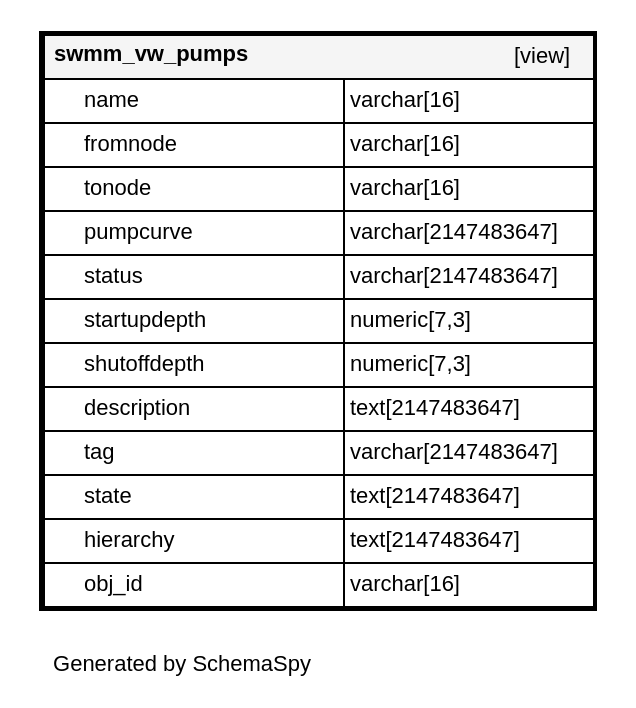
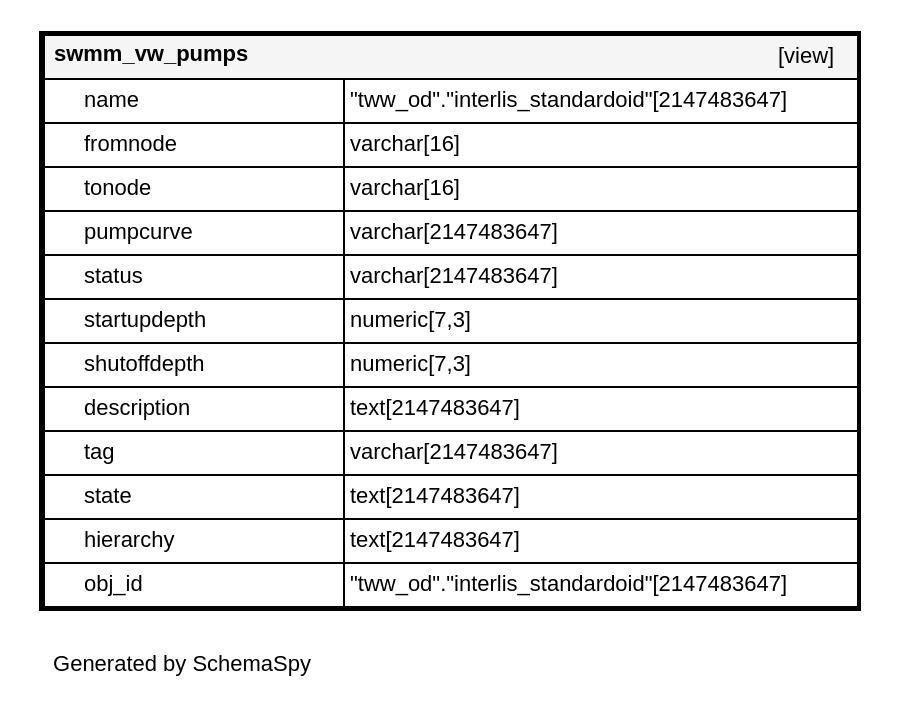
One commit to teksi/wastewater changed the diagram in latest/en/_static/datamodel/tww_app/diagrams/tables/swmm_vw_pumps.1degree.dot. Above: the diagram before and after it, drawn with Graphviz. The commit also changed 582 other files, not shown here.

```diff
--- a/latest/en/_static/datamodel/tww_app/diagrams/tables/swmm_vw_pumps.1degree.dot
+++ b/latest/en/_static/datamodel/tww_app/diagrams/tables/swmm_vw_pumps.1degree.dot
@@ -1,24 +1,24 @@
 digraph "oneDegreeRelationshipsDiagram" {
   graph [    rankdir="RL"    bgcolor="#ffffff"    label="\nGenerated by SchemaSpy"    labeljust="l"    nodesep="0.18"    ranksep="0.46"    fontname="Helvetica"    fontsize="11"    packmode="graph"  ];  node [    fontname="Helvetica"    fontsize="11"    shape="plaintext"  ];  edge [    arrowsize="0.8"  ];
   "swmm_vw_pumps" [
    label=<
     <TABLE BORDER="2" CELLBORDER="1" CELLSPACING="0" BGCOLOR="#ffffff">
       <TR><TD COLSPAN="4"  BGCOLOR="#f5f5f5"><TABLE BORDER="0" CELLSPACING="0"><TR><TD ALIGN="LEFT" FIXEDSIZE="TRUE" WIDTH="129" HEIGHT="16"><B>swmm_vw_pumps</B></TD><TD ALIGN="RIGHT">[view]</TD></TR></TABLE></TD></TR>
-      <TR><TD PORT="name" COLSPAN="2" ALIGN="LEFT"><TABLE BORDER="0" CELLSPACING="0" ALIGN="LEFT"><TR ALIGN="LEFT"><TD ALIGN="LEFT" FIXEDSIZE="TRUE" WIDTH="15" HEIGHT="16"></TD><TD ALIGN="LEFT" FIXEDSIZE="TRUE" WIDTH="129" HEIGHT="16">name</TD></TR></TABLE></TD><TD PORT="name.type" ALIGN="LEFT">varchar[16]</TD></TR>
+      <TR><TD PORT="name" COLSPAN="2" ALIGN="LEFT"><TABLE BORDER="0" CELLSPACING="0" ALIGN="LEFT"><TR ALIGN="LEFT"><TD ALIGN="LEFT" FIXEDSIZE="TRUE" WIDTH="15" HEIGHT="16"></TD><TD ALIGN="LEFT" FIXEDSIZE="TRUE" WIDTH="129" HEIGHT="16">name</TD></TR></TABLE></TD><TD PORT="name.type" ALIGN="LEFT">&quot;tww_od&quot;.&quot;interlis_standardoid&quot;[2147483647]</TD></TR>
       <TR><TD PORT="fromnode" COLSPAN="2" ALIGN="LEFT"><TABLE BORDER="0" CELLSPACING="0" ALIGN="LEFT"><TR ALIGN="LEFT"><TD ALIGN="LEFT" FIXEDSIZE="TRUE" WIDTH="15" HEIGHT="16"></TD><TD ALIGN="LEFT" FIXEDSIZE="TRUE" WIDTH="129" HEIGHT="16">fromnode</TD></TR></TABLE></TD><TD PORT="fromnode.type" ALIGN="LEFT">varchar[16]</TD></TR>
       <TR><TD PORT="tonode" COLSPAN="2" ALIGN="LEFT"><TABLE BORDER="0" CELLSPACING="0" ALIGN="LEFT"><TR ALIGN="LEFT"><TD ALIGN="LEFT" FIXEDSIZE="TRUE" WIDTH="15" HEIGHT="16"></TD><TD ALIGN="LEFT" FIXEDSIZE="TRUE" WIDTH="129" HEIGHT="16">tonode</TD></TR></TABLE></TD><TD PORT="tonode.type" ALIGN="LEFT">varchar[16]</TD></TR>
       <TR><TD PORT="pumpcurve" COLSPAN="2" ALIGN="LEFT"><TABLE BORDER="0" CELLSPACING="0" ALIGN="LEFT"><TR ALIGN="LEFT"><TD ALIGN="LEFT" FIXEDSIZE="TRUE" WIDTH="15" HEIGHT="16"></TD><TD ALIGN="LEFT" FIXEDSIZE="TRUE" WIDTH="129" HEIGHT="16">pumpcurve</TD></TR></TABLE></TD><TD PORT="pumpcurve.type" ALIGN="LEFT">varchar[2147483647]</TD></TR>
       <TR><TD PORT="status" COLSPAN="2" ALIGN="LEFT"><TABLE BORDER="0" CELLSPACING="0" ALIGN="LEFT"><TR ALIGN="LEFT"><TD ALIGN="LEFT" FIXEDSIZE="TRUE" WIDTH="15" HEIGHT="16"></TD><TD ALIGN="LEFT" FIXEDSIZE="TRUE" WIDTH="129" HEIGHT="16">status</TD></TR></TABLE></TD><TD PORT="status.type" ALIGN="LEFT">varchar[2147483647]</TD></TR>
       <TR><TD PORT="startupdepth" COLSPAN="2" ALIGN="LEFT"><TABLE BORDER="0" CELLSPACING="0" ALIGN="LEFT"><TR ALIGN="LEFT"><TD ALIGN="LEFT" FIXEDSIZE="TRUE" WIDTH="15" HEIGHT="16"></TD><TD ALIGN="LEFT" FIXEDSIZE="TRUE" WIDTH="129" HEIGHT="16">startupdepth</TD></TR></TABLE></TD><TD PORT="startupdepth.type" ALIGN="LEFT">numeric[7,3]</TD></TR>
       <TR><TD PORT="shutoffdepth" COLSPAN="2" ALIGN="LEFT"><TABLE BORDER="0" CELLSPACING="0" ALIGN="LEFT"><TR ALIGN="LEFT"><TD ALIGN="LEFT" FIXEDSIZE="TRUE" WIDTH="15" HEIGHT="16"></TD><TD ALIGN="LEFT" FIXEDSIZE="TRUE" WIDTH="129" HEIGHT="16">shutoffdepth</TD></TR></TABLE></TD><TD PORT="shutoffdepth.type" ALIGN="LEFT">numeric[7,3]</TD></TR>
       <TR><TD PORT="description" COLSPAN="2" ALIGN="LEFT"><TABLE BORDER="0" CELLSPACING="0" ALIGN="LEFT"><TR ALIGN="LEFT"><TD ALIGN="LEFT" FIXEDSIZE="TRUE" WIDTH="15" HEIGHT="16"></TD><TD ALIGN="LEFT" FIXEDSIZE="TRUE" WIDTH="129" HEIGHT="16">description</TD></TR></TABLE></TD><TD PORT="description.type" ALIGN="LEFT">text[2147483647]</TD></TR>
       <TR><TD PORT="tag" COLSPAN="2" ALIGN="LEFT"><TABLE BORDER="0" CELLSPACING="0" ALIGN="LEFT"><TR ALIGN="LEFT"><TD ALIGN="LEFT" FIXEDSIZE="TRUE" WIDTH="15" HEIGHT="16"></TD><TD ALIGN="LEFT" FIXEDSIZE="TRUE" WIDTH="129" HEIGHT="16">tag</TD></TR></TABLE></TD><TD PORT="tag.type" ALIGN="LEFT">varchar[2147483647]</TD></TR>
       <TR><TD PORT="state" COLSPAN="2" ALIGN="LEFT"><TABLE BORDER="0" CELLSPACING="0" ALIGN="LEFT"><TR ALIGN="LEFT"><TD ALIGN="LEFT" FIXEDSIZE="TRUE" WIDTH="15" HEIGHT="16"></TD><TD ALIGN="LEFT" FIXEDSIZE="TRUE" WIDTH="129" HEIGHT="16">state</TD></TR></TABLE></TD><TD PORT="state.type" ALIGN="LEFT">text[2147483647]</TD></TR>
       <TR><TD PORT="hierarchy" COLSPAN="2" ALIGN="LEFT"><TABLE BORDER="0" CELLSPACING="0" ALIGN="LEFT"><TR ALIGN="LEFT"><TD ALIGN="LEFT" FIXEDSIZE="TRUE" WIDTH="15" HEIGHT="16"></TD><TD ALIGN="LEFT" FIXEDSIZE="TRUE" WIDTH="129" HEIGHT="16">hierarchy</TD></TR></TABLE></TD><TD PORT="hierarchy.type" ALIGN="LEFT">text[2147483647]</TD></TR>
-      <TR><TD PORT="obj_id" COLSPAN="2" ALIGN="LEFT"><TABLE BORDER="0" CELLSPACING="0" ALIGN="LEFT"><TR ALIGN="LEFT"><TD ALIGN="LEFT" FIXEDSIZE="TRUE" WIDTH="15" HEIGHT="16"></TD><TD ALIGN="LEFT" FIXEDSIZE="TRUE" WIDTH="129" HEIGHT="16">obj_id</TD></TR></TABLE></TD><TD PORT="obj_id.type" ALIGN="LEFT">varchar[16]</TD></TR>
+      <TR><TD PORT="obj_id" COLSPAN="2" ALIGN="LEFT"><TABLE BORDER="0" CELLSPACING="0" ALIGN="LEFT"><TR ALIGN="LEFT"><TD ALIGN="LEFT" FIXEDSIZE="TRUE" WIDTH="15" HEIGHT="16"></TD><TD ALIGN="LEFT" FIXEDSIZE="TRUE" WIDTH="129" HEIGHT="16">obj_id</TD></TR></TABLE></TD><TD PORT="obj_id.type" ALIGN="LEFT">&quot;tww_od&quot;.&quot;interlis_standardoid&quot;[2147483647]</TD></TR>
     </TABLE>>
     URL="../../tables/swmm_vw_pumps.html"
     target="_top"
     tooltip="swmm_vw_pumps"
   ];
 }
```
